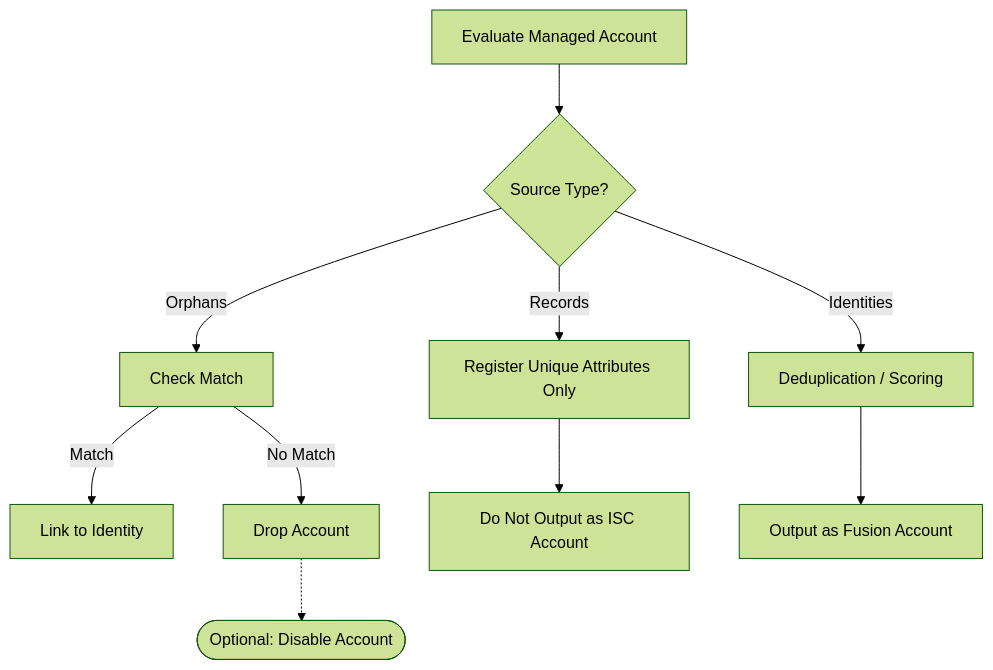
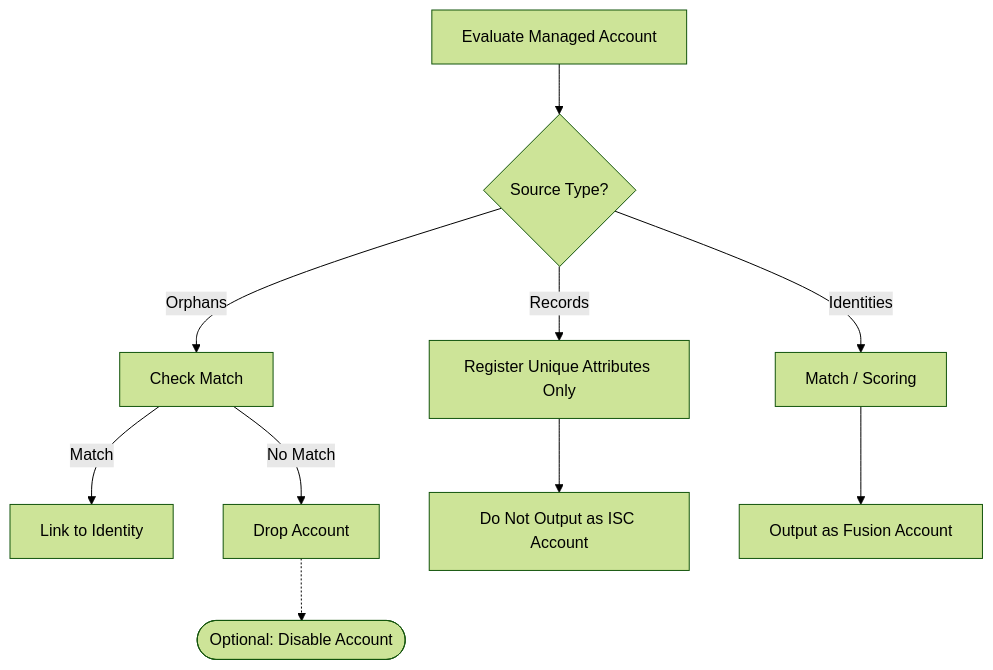
The first of 3 diagrams in README.md (fernando-delosrios-sp/colab-saas-conn-sailpoint-identity-fusion), drawn with Mermaid (forest theme) before and after one commit. The commit also changed other lines of this file and 24 other files, not shown here.

````diff
--- a/README.md
+++ b/README.md
@@ -101,12 +100,12 @@
 ```mermaid
 flowchart TD
     A[Evaluate Managed Account] --> B{Source Type?}
-    B -- Identities --> C[Deduplication / Scoring]
+    B -- Identities --> C[Match / Scoring]
     B -- Records --> D[Register Unique Attributes Only]
     B -- Orphans --> E[Check Match]
     E -- Match --> F[Link to Identity]
     E -- No Match --> G[Drop Account]
     G -.-> H([Optional: Disable Account])
     D --> I[Do Not Output as ISC Account]
     C --> J[Output as Fusion Account]
 ```
````
